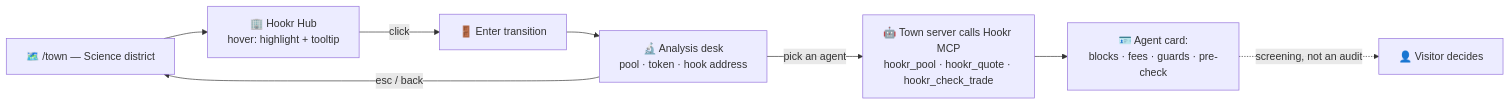
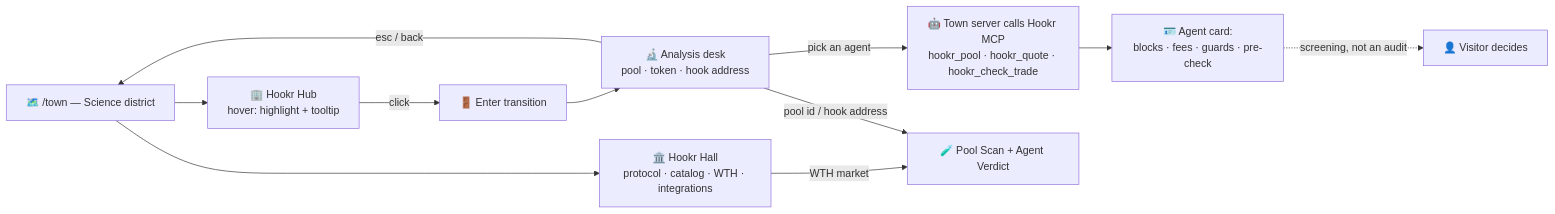
Before and after one commit to agentcitylabs/research: the diagram in [RnDAC]-Hookr_Integration.md, drawn with Mermaid. The commit also changed other lines of this file and 1 other file, not shown here.

Commit message:
feat: add Pool/Hook Scan, Hookr public API and Hookr Hall to [RnDAC] Hookr Integration

````diff
--- a/[RnDAC]-Hookr_Integration.md
+++ b/[RnDAC]-Hookr_Integration.md
@@ -125,10 +201,13 @@
 ```mermaid
 flowchart LR
     A["🗺️ /town — Science district"] --> B["🏢 Hookr Hub<br/>hover: highlight + tooltip"]
     B -->|click| C["🚪 Enter transition"]
     C --> D["🔬 Analysis desk<br/>pool · token · hook address"]
     D -->|pick an agent| E["🤖 Town server calls Hookr MCP<br/>hookr_pool · hookr_quote · hookr_check_trade"]
     E --> F["🪪 Agent card:<br/>blocks · fees · guards · pre-check"]
     F -. "screening, not an audit" .-> G["👤 Visitor decides"]
     D -->|esc / back| A
+    A --> H["🏛️ Hookr Hall<br/>protocol · catalog · WTH · integrations"]
+    H -->|WTH market| S["🧪 Pool Scan + Agent Verdict"]
+    D -->|pool id / hook address| S
 ```
````
